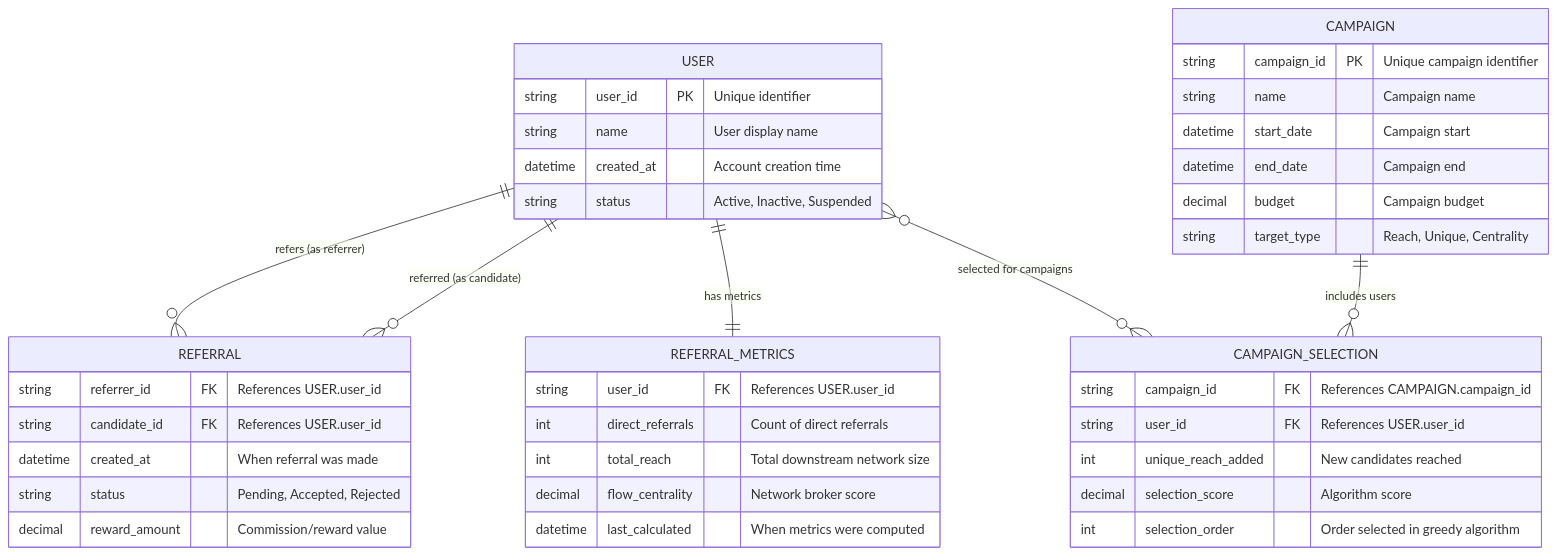
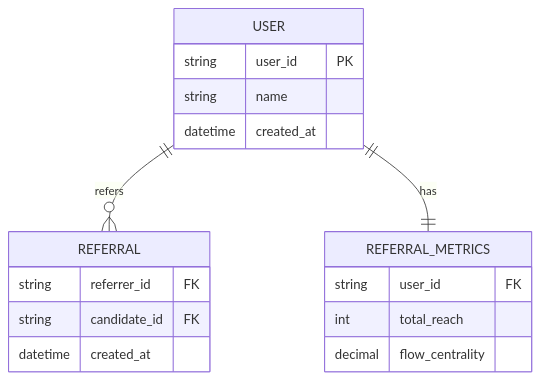
One commit to amitranjan9708/rough changed the diagram in readme.md. Above: the diagram before and after it, drawn with Mermaid. The commit also changed other lines of this file, not shown here.

````diff
--- a/readme.md
+++ b/readme.md
@@ -113,48 +123,23 @@
 ```mermaid
 erDiagram
     USER {
-        string user_id PK "Unique identifier"
-        string name "User display name"
-        datetime created_at "Account creation time"
-        string status "Active, Inactive, Suspended"
+        string user_id PK
+        string name
+        datetime created_at
     }
     
     REFERRAL {
-        string referrer_id FK "References USER.user_id"
-        string candidate_id FK "References USER.user_id"
-        datetime created_at "When referral was made"
-        string status "Pending, Accepted, Rejected"
-        decimal reward_amount "Commission/reward value"
+        string referrer_id FK
+        string candidate_id FK
+        datetime created_at
     }
     
     REFERRAL_METRICS {
-        string user_id FK "References USER.user_id"
-        int direct_referrals "Count of direct referrals"
-        int total_reach "Total downstream network size"
-        decimal flow_centrality "Network broker score"
-        datetime last_calculated "When metrics were computed"
-    }
-    
-    CAMPAIGN {
-        string campaign_id PK "Unique campaign identifier"
-        string name "Campaign name"
-        datetime start_date "Campaign start"
-        datetime end_date "Campaign end"
-        decimal budget "Campaign budget"
-        string target_type "Reach, Unique, Centrality"
-    }
-    
-    CAMPAIGN_SELECTION {
-        string campaign_id FK "References CAMPAIGN.campaign_id"
-        string user_id FK "References USER.user_id"
-        int unique_reach_added "New candidates reached"
-        decimal selection_score "Algorithm score"
-        int selection_order "Order selected in greedy algorithm"
+        string user_id FK
+        int total_reach
+        decimal flow_centrality
     }
 
-    USER ||--o{ REFERRAL : "refers (as referrer)"
-    USER ||--o{ REFERRAL : "referred (as candidate)"
-    USER ||--|| REFERRAL_METRICS : "has metrics"
-    USER }o--o{ CAMPAIGN_SELECTION : "selected for campaigns"
-    CAMPAIGN ||--o{ CAMPAIGN_SELECTION : "includes users"
+    USER ||--o{ REFERRAL : "refers"
+    USER ||--|| REFERRAL_METRICS : "has"
 ```
````
